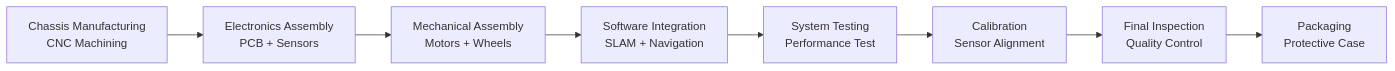
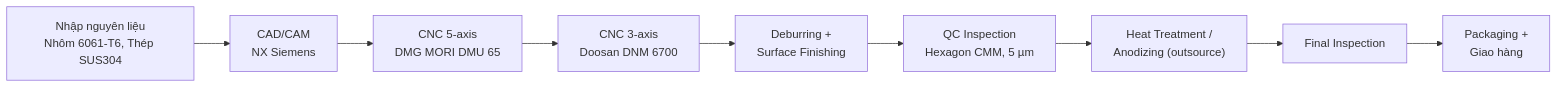
One commit to Mekong-HCM/MEKONG_TECHNOLOGY changed the third of 4 diagrams in TRINH_BAY_KCNC/MAU_1.4_HOAN_TAT.md. Above: the diagram before and after it, drawn with Mermaid. The commit also changed other lines of this file and 268 other files, not shown here.

Commit message:
Update: doi anh iot-04 sang AMRRobots, them tai lieu MAU_1.4, mermaid diagrams, scripts convert

````diff
--- a/TRINH_BAY_KCNC/MAU_1.4_HOAN_TAT.md
+++ b/TRINH_BAY_KCNC/MAU_1.4_HOAN_TAT.md
@@ -941,10 +509,11 @@
 ```mermaid
 flowchart LR
-    A[Chassis Manufacturing<br/>CNC Machining] --> B[Electronics Assembly<br/>PCB + Sensors]
-    B --> C[Mechanical Assembly<br/>Motors + Wheels]
-    C --> D[Software Integration<br/>SLAM + Navigation]
-    D --> E[System Testing<br/>Performance Test]
-    E --> F[Calibration<br/>Sensor Alignment]
-    F --> G[Final Inspection<br/>Quality Control]
-    G --> H[Packaging<br/>Protective Case]
+    C1["Nhập nguyên liệu<br/>Nhôm 6061-T6, Thép SUS304"] --> C2["CAD/CAM<br/>NX Siemens"]
+    C2 --> C3["CNC 5-axis<br/>DMG MORI DMU 65"]
+    C3 --> C4["CNC 3-axis<br/>Doosan DNM 6700"]
+    C4 --> C5["Deburring +<br/>Surface Finishing"]
+    C5 --> C6["QC Inspection<br/>Hexagon CMM, 5 µm"]
+    C6 --> C7["Heat Treatment /<br/>Anodizing (outsource)"]
+    C7 --> C8["Final Inspection"]
+    C8 --> C9["Packaging +<br/>Giao hàng"]
 ```
````
